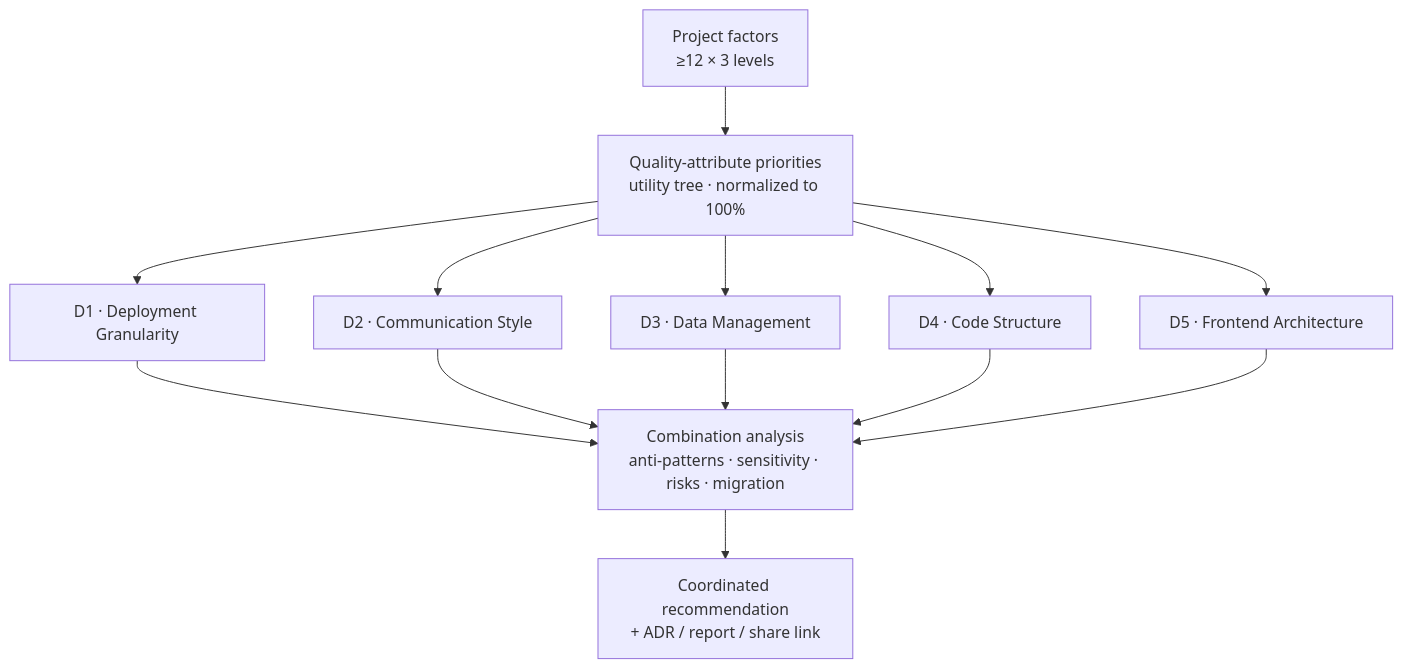
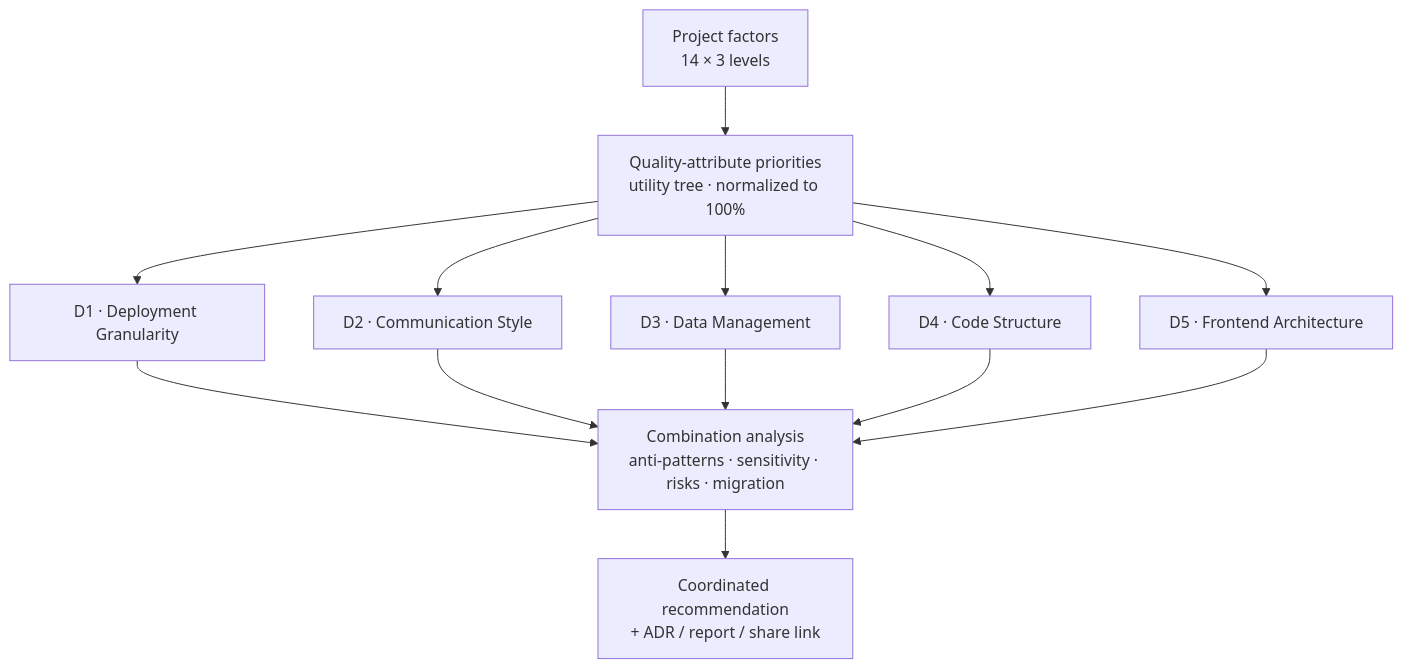
One commit to programmerShinobi/architecture-advisor changed the diagram in docs/02-requirement-analysis/software-requirements-specification.md. Above: the diagram before and after it, drawn with Mermaid. The commit also changed other lines of this file, not shown here.

First line of the commit message:
[docs](srs): maturity pass, charter alignment, pin factors=14, link Model Data Sheet

````diff
--- a/docs/02-requirement-analysis/software-requirements-specification.md
+++ b/docs/02-requirement-analysis/software-requirements-specification.md
@@ -256,15 +321,15 @@
 ```mermaid
 flowchart TB
-    F["Project factors<br/>≥12 × 3 levels"] --> W["Quality-attribute priorities<br/>utility tree · normalized to 100%"]
+    F["Project factors<br/>14 × 3 levels"] --> W["Quality-attribute priorities<br/>utility tree · normalized to 100%"]
     W --> D1["D1 · Deployment Granularity"]
     W --> D2["D2 · Communication Style"]
     W --> D3["D3 · Data Management"]
     W --> D4["D4 · Code Structure"]
     W --> D5["D5 · Frontend Architecture"]
     D1 --> X["Combination analysis<br/>anti-patterns · sensitivity · risks · migration"]
     D2 --> X
     D3 --> X
     D4 --> X
     D5 --> X
     X --> O["Coordinated recommendation<br/>+ ADR / report / share link"]
 ```
````
